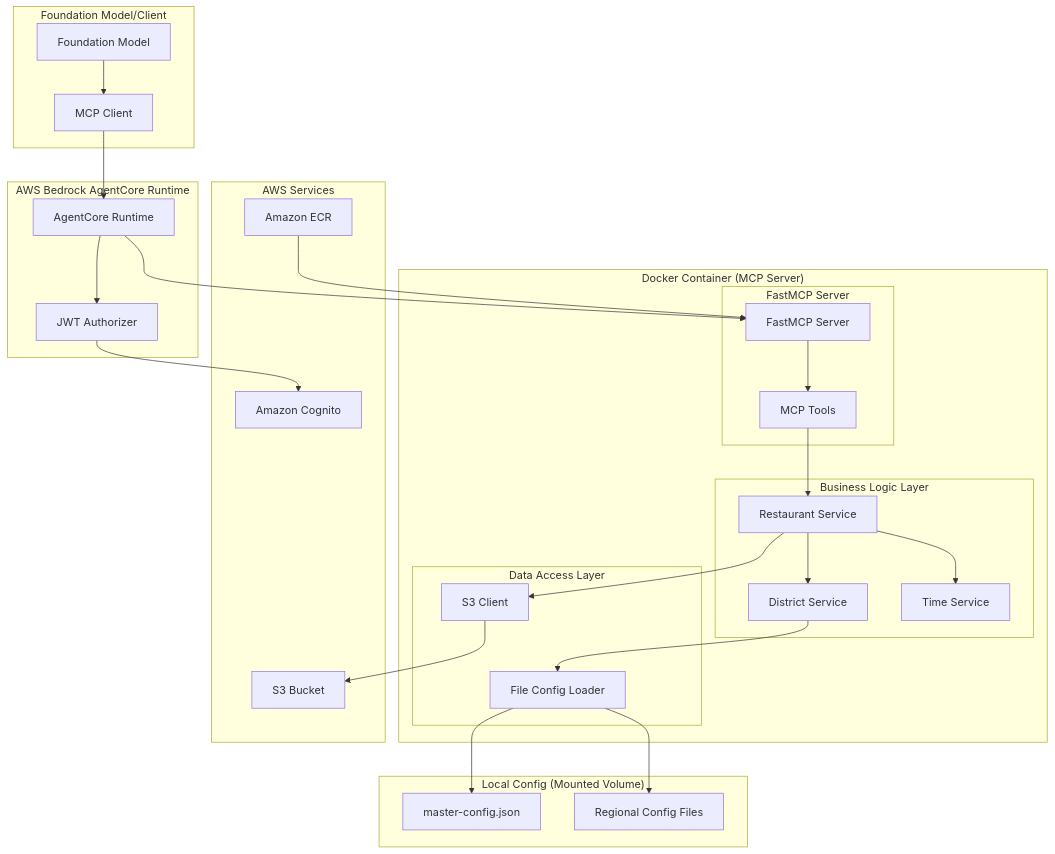
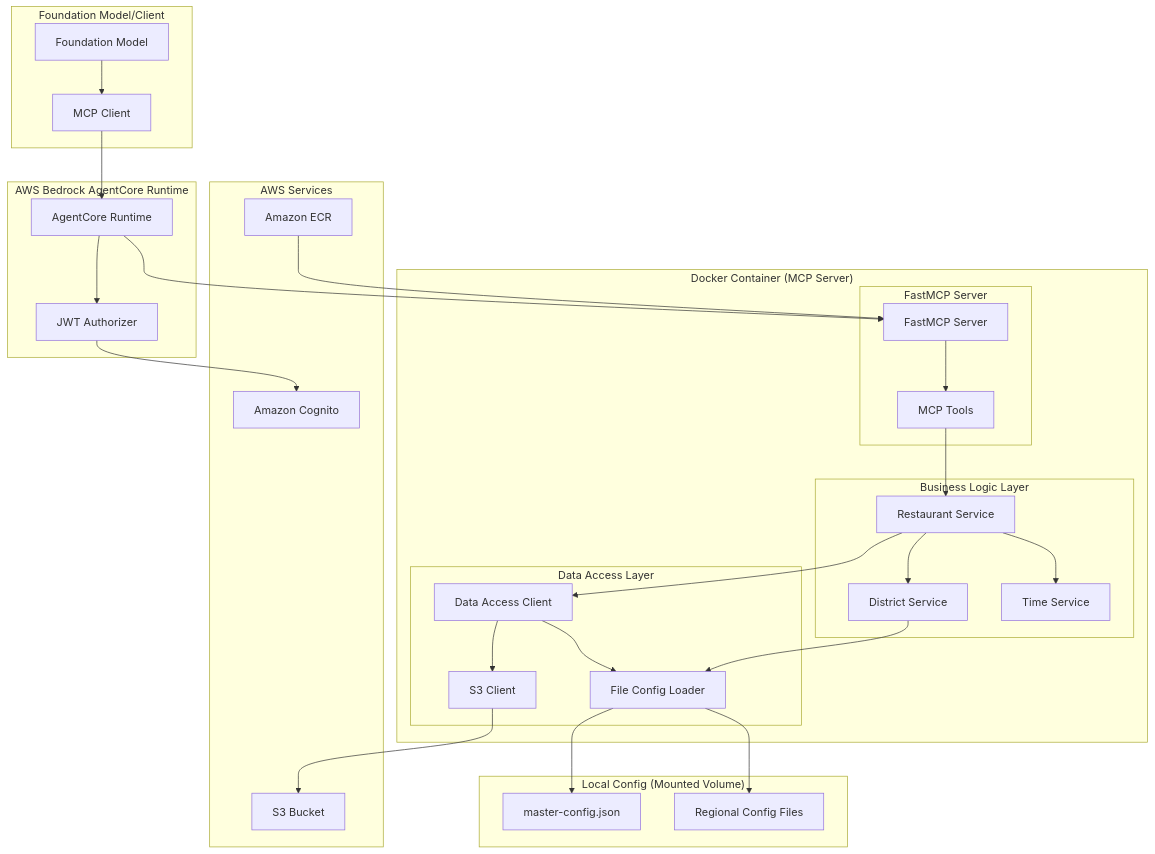
One commit to nestymook/mbti-travel-assistant-v2 changed the diagram in .kiro/specs/restaurant-search-mcp/design.md. Above: the diagram before and after it, drawn with Mermaid. The commit also changed other lines of this file and 6 other files, not shown here.

````diff
--- a/.kiro/specs/restaurant-search-mcp/design.md
+++ b/.kiro/specs/restaurant-search-mcp/design.md
@@ -13,57 +13,60 @@
 ```mermaid
 graph TB
     subgraph "Foundation Model/Client"
         FM[Foundation Model]
         CLIENT[MCP Client]
     end
     
     subgraph "AWS Bedrock AgentCore Runtime"
         RUNTIME[AgentCore Runtime]
         AUTH[JWT Authorizer]
     end
     
     subgraph "Docker Container (MCP Server)"
         subgraph "FastMCP Server"
             MCP[FastMCP Server]
             TOOLS[MCP Tools]
         end
         
         subgraph "Business Logic Layer"
             RS[Restaurant Service]
             DS[District Service]
             TS[Time Service]
         end
         
         subgraph "Data Access Layer"
+            DAC[Data Access Client]
             S3C[S3 Client]
             FC[File Config Loader]
         end
     end
     
     subgraph "AWS Services"
         COGNITO[Amazon Cognito]
         S3[S3 Bucket]
         ECR[Amazon ECR]
     end
     
     subgraph "Local Config (Mounted Volume)"
         MASTER[master-config.json]
         REGIONS[Regional Config Files]
     end
     
     FM --> CLIENT
     CLIENT --> RUNTIME
     RUNTIME --> AUTH
     AUTH --> COGNITO
     RUNTIME --> MCP
     MCP --> TOOLS
     TOOLS --> RS
     RS --> DS
     RS --> TS
     DS --> FC
-    RS --> S3C
+    RS --> DAC
+    DAC --> S3C
+    DAC --> FC
     S3C --> S3
     FC --> MASTER
     FC --> REGIONS
     ECR --> MCP
 ```
````
